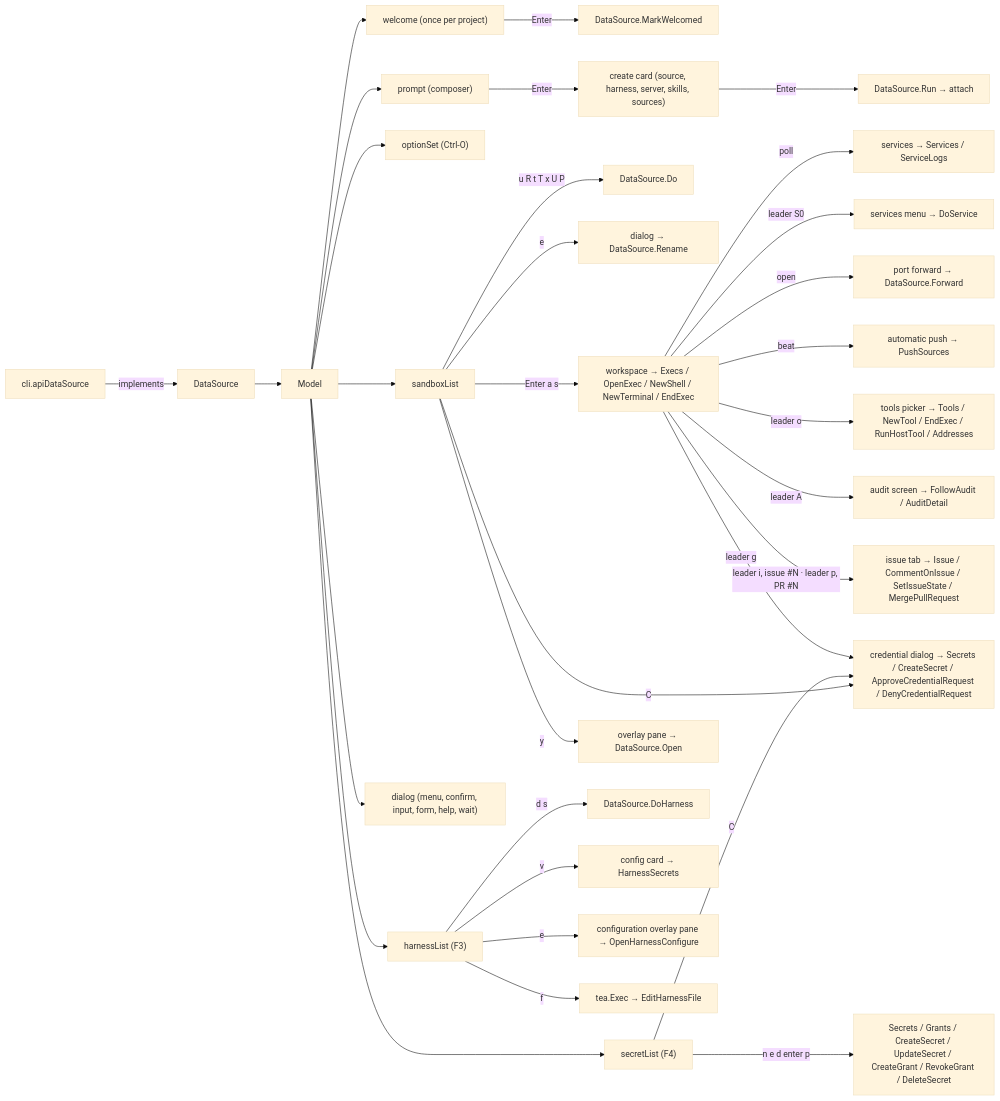
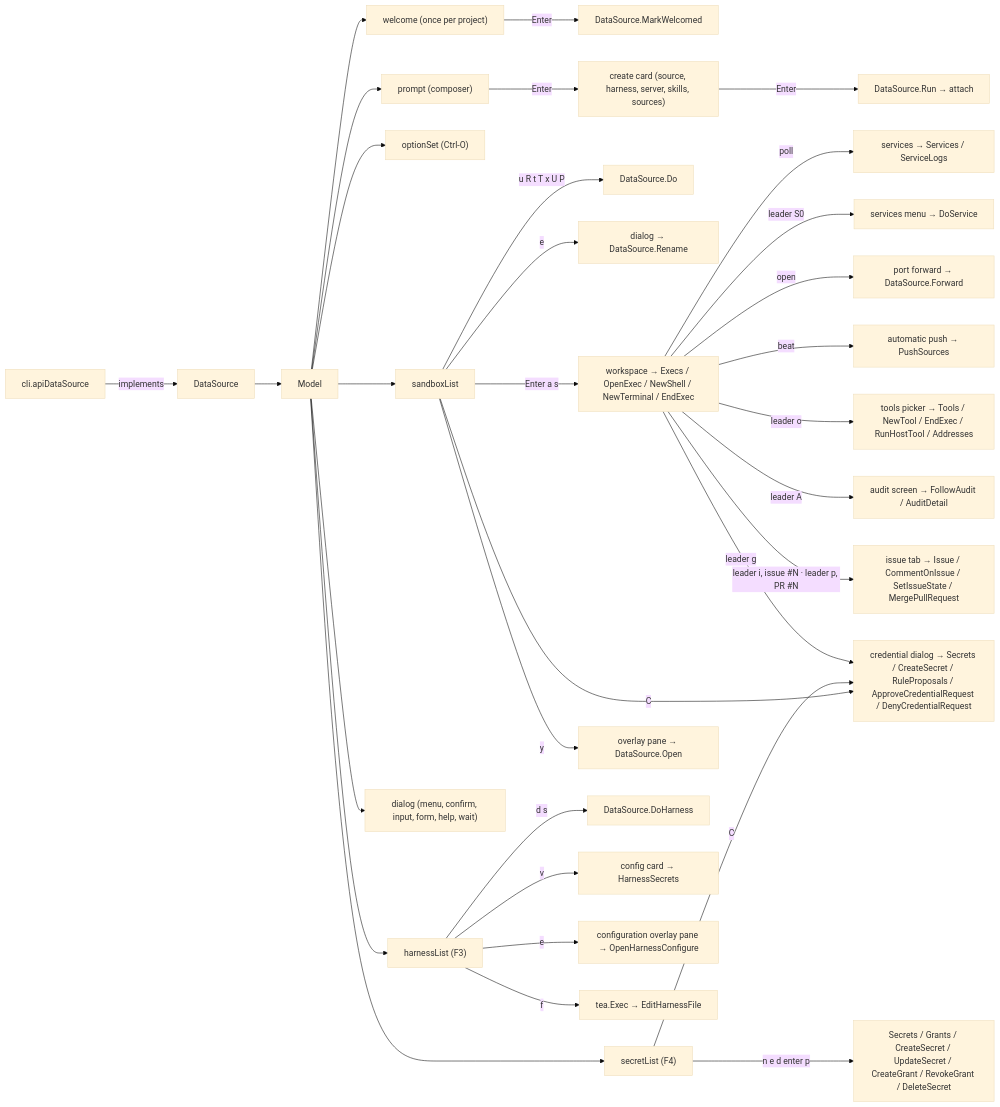
One commit to discobox-ai/discobox changed the diagram in cli/internal/tui/DESIGN.md. Above: the diagram before and after it, drawn with Mermaid (base theme). The commit also changed other lines of this file and 8 other files, not shown here.

First line of the commit message:
feat(tui): auto approve a credential request under a rule read first

````diff
--- a/cli/internal/tui/DESIGN.md
+++ b/cli/internal/tui/DESIGN.md
@@ -13,34 +13,34 @@
 ```mermaid
 flowchart LR
     CLI["cli.apiDataSource"] -->|implements| DS["DataSource"]
     DS --> M["Model"]
     M --> P["prompt (composer)"]
     M --> L["sandboxList"]
     M --> O["optionSet (Ctrl-O)"]
     M --> A["harnessList (F3)"]
     M --> D["dialog (menu, confirm, input, form, help, wait)"]
     M --> W["welcome (once per project)"]
     W -->|Enter| MW["DataSource.MarkWelcomed"]
     P -->|Enter| Card["create card (source, harness, server, skills, sources)"]
     Card -->|Enter| Run["DataSource.Run → attach"]
     L -->|u R t T x U P| Verb["DataSource.Do"]
     L -->|e| Rename["dialog → DataSource.Rename"]
     L -->|Enter a s| WS["workspace → Execs / OpenExec / NewShell / NewTerminal / EndExec"]
     WS -->|poll| Svc["services → Services / ServiceLogs"]
     WS -->|leader S0| SvcMenu["services menu → DoService"]
     WS -->|open| Fwd["port forward → DataSource.Forward"]
     WS -->|beat| Push["automatic push → PushSources"]
-    L -->|C| Cred["credential dialog → Secrets / CreateSecret / ApproveCredentialRequest / DenyCredentialRequest"]
+    L -->|C| Cred["credential dialog → Secrets / CreateSecret / RuleProposals / ApproveCredentialRequest / DenyCredentialRequest"]
     M --> S["secretList (F4)"]
     S -->|n e d enter p| SVerb["Secrets / Grants / CreateSecret / UpdateSecret / CreateGrant / RevokeGrant / DeleteSecret"]
     S -->|C| Cred
     WS -->|leader g| Cred
     L -->|y| Overlay["overlay pane → DataSource.Open"]
     WS -->|leader o| T["tools picker → Tools / NewTool / EndExec / RunHostTool / Addresses"]
     WS -->|leader A| Aud["audit screen → FollowAudit / AuditDetail"]
     WS -->|leader i, issue #N · leader p, PR #N| Iss["issue tab → Issue / CommentOnIssue / SetIssueState / MergePullRequest"]
     A -->|d s| AVerb["DataSource.DoHarness"]
     A -->|v| ACard["config card → HarnessSecrets"]
     A -->|e| ACfg["configuration overlay pane → OpenHarnessConfigure"]
     A -->|f| AExec["tea.Exec → EditHarnessFile"]
 ```
````
